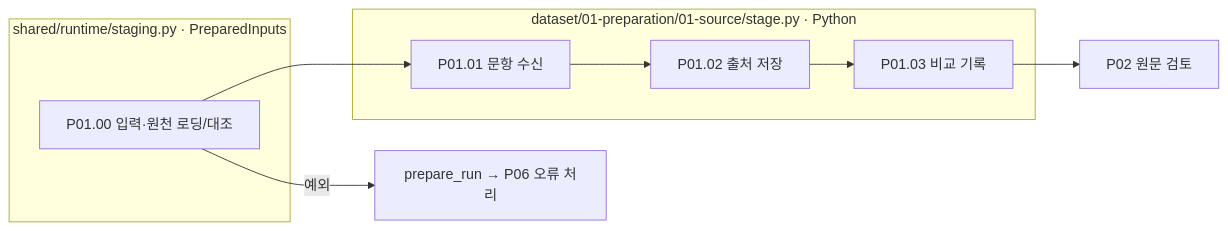
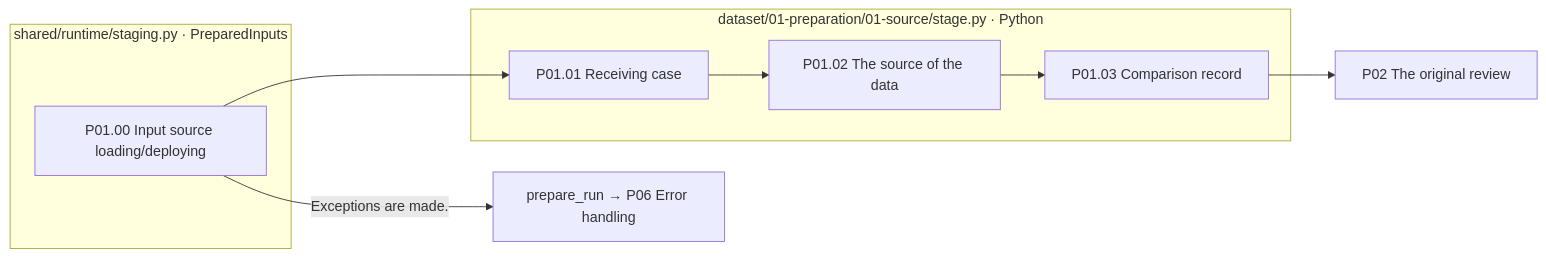
One commit to pnu-clink/finject changed the diagram in src/finarch/documentation/templates/stages/01-dataset/01-preparation/01-source/README.md. Above: the diagram before and after it, drawn with Mermaid. The commit also changed other lines of this file and 644 other files, not shown here.

````diff
--- a/src/finarch/documentation/templates/stages/01-dataset/01-preparation/01-source/README.md
+++ b/src/finarch/documentation/templates/stages/01-dataset/01-preparation/01-source/README.md
@@ -17,11 +17,11 @@
 ```mermaid
 flowchart LR
  subgraph I["shared/runtime/staging.py · PreparedInputs"]
-  A["P01.00 입력·원천 로딩/대조"]
+  A["P01.00 Input source loading/deploying"]
  end
  subgraph S["dataset/01-preparation/01-source/stage.py · Python"]
-  A --> B["P01.01 문항 수신"] --> C["P01.02 출처 저장"] --> D["P01.03 비교 기록"]
+  A --> B["P01.01 Receiving case"] --> C["P01.02 The source of the data"] --> D["P01.03 Comparison record"]
  end
- D --> N["P02 원문 검토"]
- A -->|예외| F["prepare_run → P06 오류 처리"]
+ D --> N["P02 The original review"]
+ A -->|Exceptions are made.| F["prepare_run → P06 Error handling"]
 ```
````
